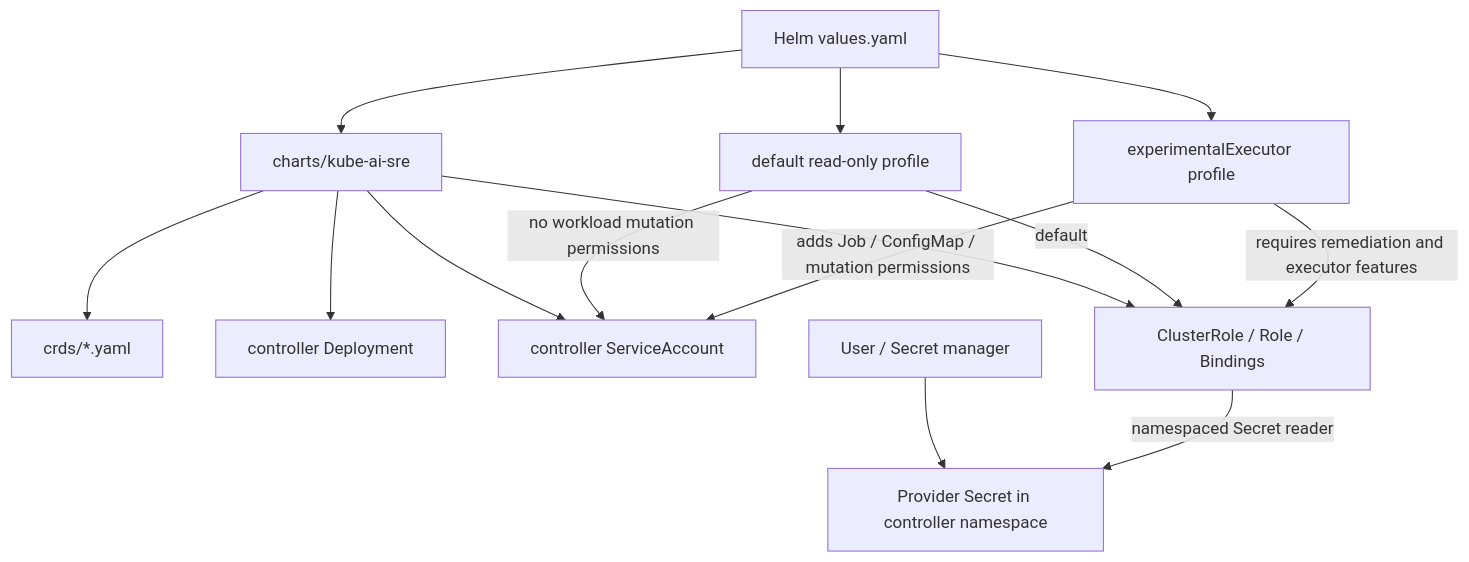
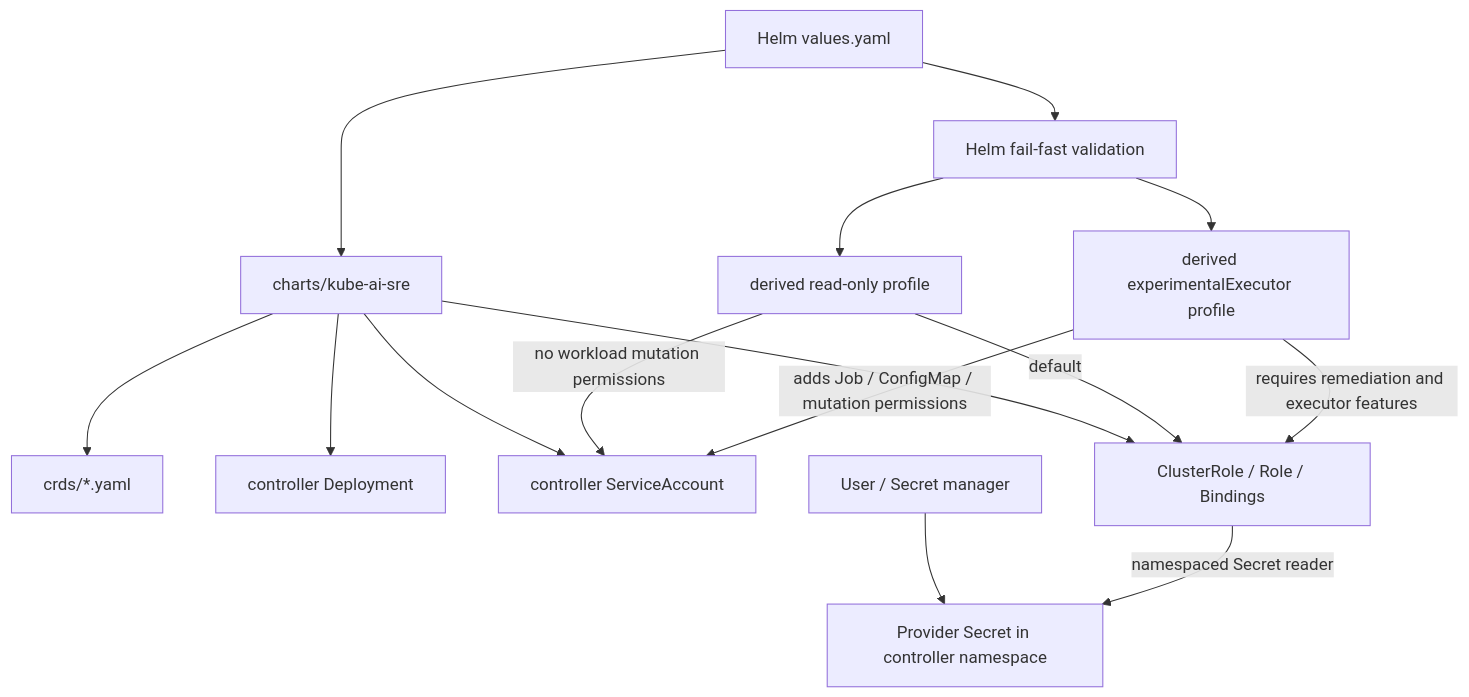
One commit to FluxSeer/fluxseer-rca changed diagram 16 of 18 in docs/architecture/mermaid-diagrams.md. Above: the diagram before and after it, drawn with Mermaid. The commit also changed other lines of this file and 3 other files, not shown here.

Commit message:
docs: document architecture hardening contracts

````diff
--- a/docs/architecture/mermaid-diagrams.md
+++ b/docs/architecture/mermaid-diagrams.md
@@ -799,28 +825,30 @@
 ```mermaid
 flowchart TB
     Values[Helm values.yaml]
     Chart[charts/kube-ai-sre]
     CRDs[crds/*.yaml]
     Deploy[controller Deployment]
     SA[controller ServiceAccount]
     RBAC[ClusterRole / Role / Bindings]
     Secrets[Provider Secret in controller namespace]
     SecretOwner[User / Secret manager]
-    ReadOnly[default read-only profile]
-    Remediate[experimentalExecutor profile]
+    ReadOnly[derived read-only profile]
+    Remediate[derived experimentalExecutor profile]
+    Validation[Helm fail-fast validation]
 
     Values --> Chart
     Chart --> CRDs
     Chart --> Deploy
     Chart --> SA
     Chart --> RBAC
     SecretOwner --> Secrets
     RBAC -->|namespaced Secret reader| Secrets
 
-    Values --> ReadOnly
-    Values --> Remediate
+    Values --> Validation
+    Validation --> ReadOnly
+    Validation --> Remediate
     ReadOnly -->|default| RBAC
     ReadOnly -->|no workload mutation permissions| SA
     Remediate -->|requires remediation and executor features| RBAC
     Remediate -->|adds Job / ConfigMap / mutation permissions| SA
 ```
````
